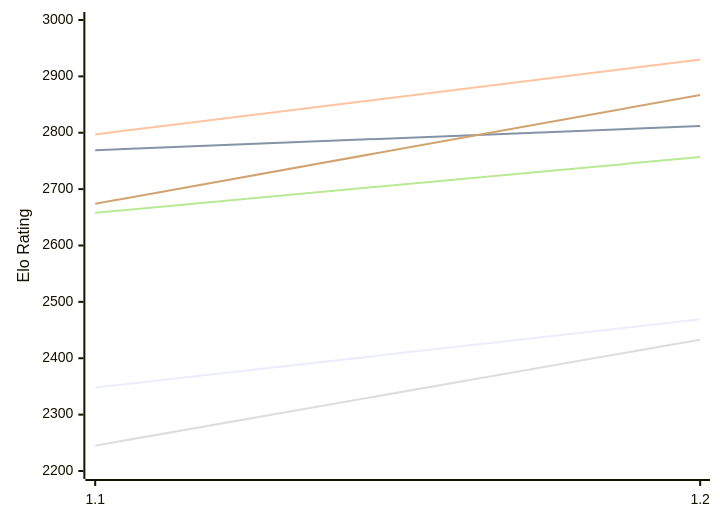
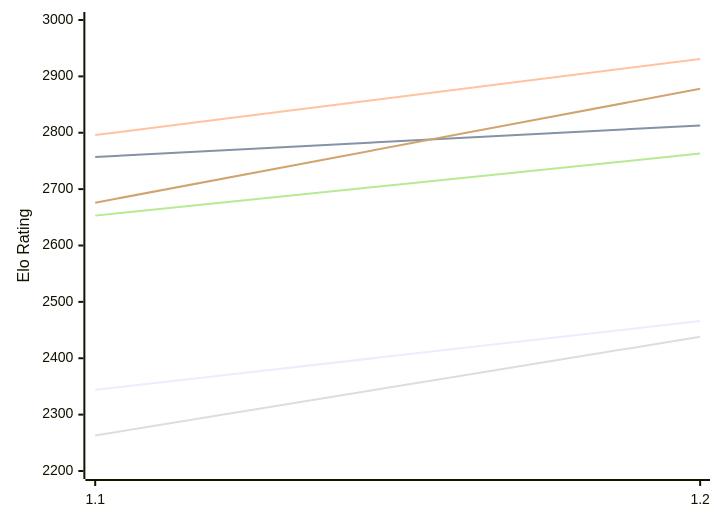
One commit to computer-chess-index/cci changed the first of 2 diagrams in engines/FoxChess.md. Above: the diagram before and after it, drawn with Mermaid. The commit also changed other lines of this file, not shown here.

Commit message:
Update CCI Ratings (ELO VLTC) - 2026-11-17

````diff
--- a/engines/FoxChess.md
+++ b/engines/FoxChess.md
@@ -51,12 +51,12 @@
 ```mermaid
 %%{init: {"theme":"base","themeVariables":{"seriesColors:['#a3a3a3','#222221','#faa371']}}}%%
 xychart-beta
   x-axis ["1.1", "1.2"]
   y-axis "Elo Rating" 2200 --> 3000
-  line "E1: STC (8.0+0.08s)" [2348, 2469]
-  line "E1: LTC (60.0+0.60s)" [2769, 2812]
-  line "E1: VLTC (2m24s+1.12s)" [2797, 2930]
-  line "P1: STC (8.0+0.08s)" [2245, 2433]
-  line "P1: LTC (60.0+0.60s)" [2658, 2757]
-  line "P1: VLTC (2m24s+1.12s)" [2674, 2867]
+  line "E1: STC (8.0+0.08s)" [2344, 2466]
+  line "E1: LTC (60.0+0.60s)" [2757, 2813]
+  line "E1: VLTC (2m24s+1.12s)" [2796, 2931]
+  line "P1: STC (8.0+0.08s)" [2263, 2438]
+  line "P1: LTC (60.0+0.60s)" [2653, 2763]
+  line "P1: VLTC (2m24s+1.12s)" [2676, 2878]
 ```
````
